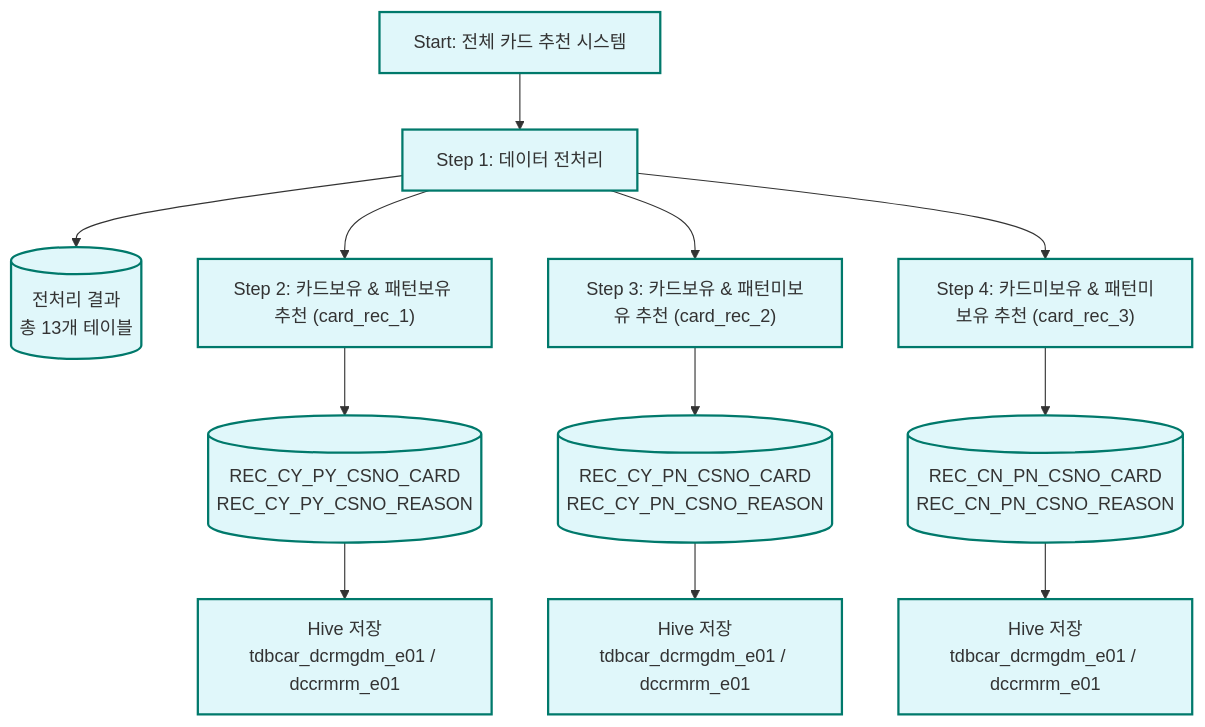
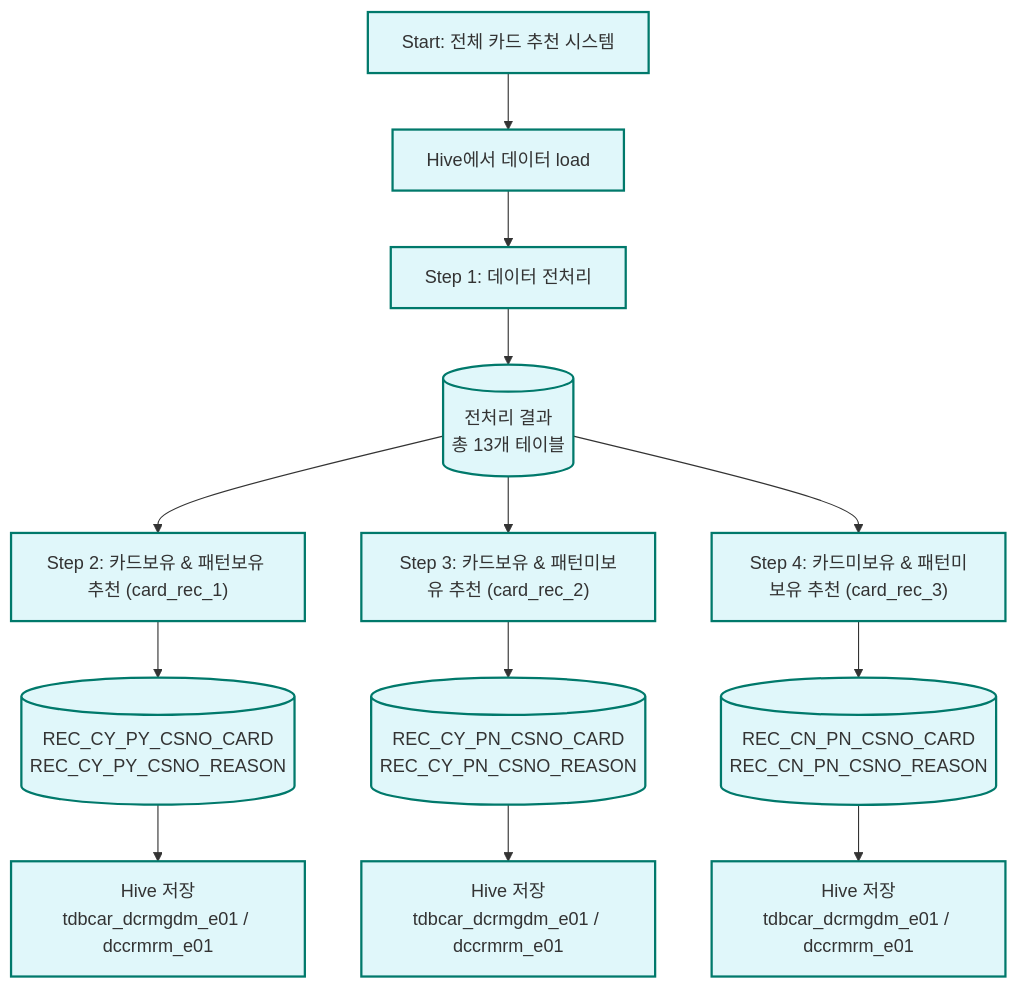
The fifth of 5 diagrams in mermaid/preprocessing.md (Sudkorea/aistudy), drawn with Mermaid before and after one commit.

Commit message:
vault backup: 2025-05-22 10:16:56

````diff
--- a/mermaid/preprocessing.md
+++ b/mermaid/preprocessing.md
@@ -315,29 +315,31 @@
 ```mermaid
 ---
 config:
   layout: dagre
 ---
 flowchart TD
 
   start_all["Start: 전체 카드 추천 시스템"]
 
-  start_all --> step1["Step 1: 데이터 전처리"]
+  start_all --> step0["Hive에서 데이터 load"]
+  
+  step0 --> step1["Step 1: 데이터 전처리"]
   step1 --> out_pre[("전처리 결과<br/>총 13개 테이블")] 
 
-  step1 --> rec1["Step 2: 카드보유 & 패턴보유 추천 (card_rec_1)"]
+  out_pre --> rec1["Step 2: 카드보유 & 패턴보유 추천 (card_rec_1)"]
   rec1 --> out1[("REC_CY_PY_CSNO_CARD<br/>REC_CY_PY_CSNO_REASON")] 
 
-  step1 --> rec2["Step 3: 카드보유 & 패턴미보유 추천 (card_rec_2)"]
+  out_pre --> rec2["Step 3: 카드보유 & 패턴미보유 추천 (card_rec_2)"]
   rec2 --> out2[("REC_CY_PN_CSNO_CARD<br/>REC_CY_PN_CSNO_REASON")] 
 
-  step1 --> rec3["Step 4: 카드미보유 & 패턴미보유 추천 (card_rec_3)"]
+  out_pre --> rec3["Step 4: 카드미보유 & 패턴미보유 추천 (card_rec_3)"]
   rec3 --> out3[("REC_CN_PN_CSNO_CARD<br/>REC_CN_PN_CSNO_REASON")] 
 
   out1 --> hive1["Hive 저장<br/>tdbcar_dcrmgdm_e01 / dccrmrm_e01"]
   out2 --> hive2["Hive 저장<br/>tdbcar_dcrmgdm_e01 / dccrmrm_e01"]
   out3 --> hive3["Hive 저장<br/>tdbcar_dcrmgdm_e01 / dccrmrm_e01"]
 
   classDef phase fill:#e0f7fa,stroke:#00796b,stroke-width:2px;
-  class step1,rec1,rec2,rec3,start_all phase;
+  class step0,step1,rec1,rec2,rec3,start_all phase;
   class out1,out2,out3,hive1,hive2,hive3,out_pre phase;
 ```
````
